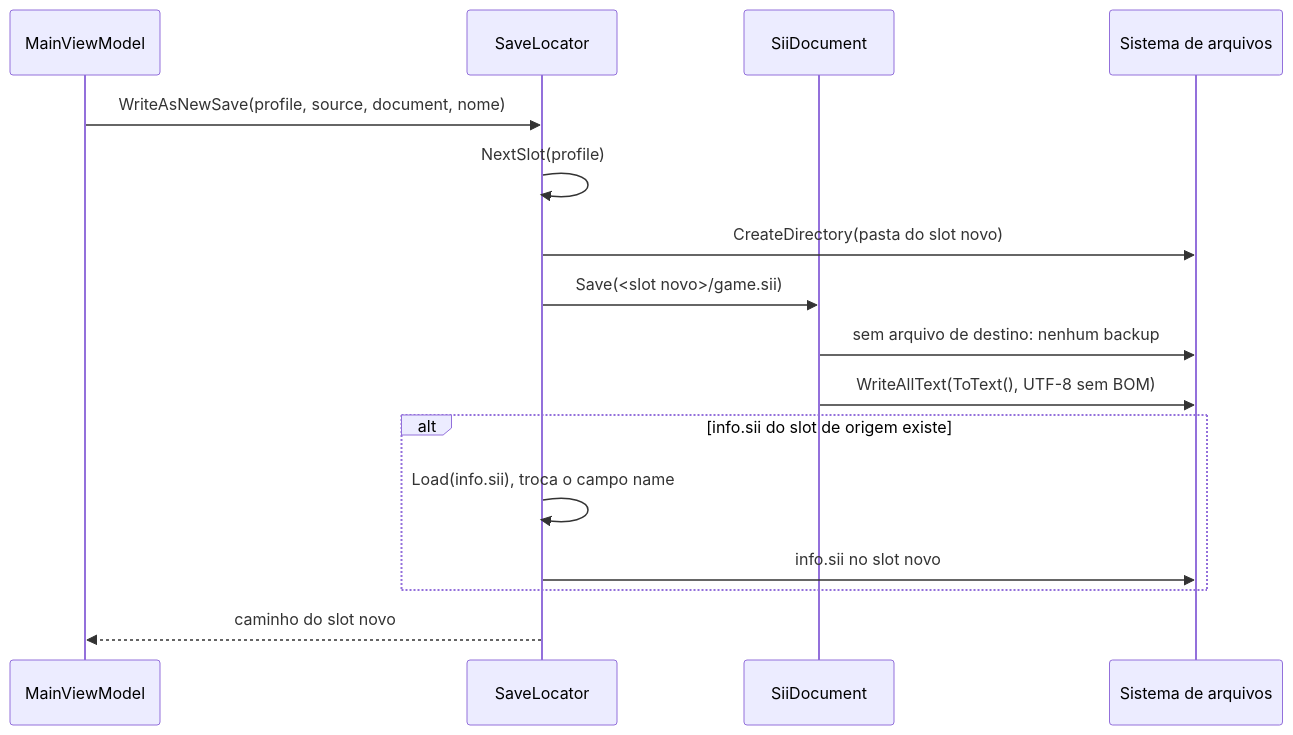
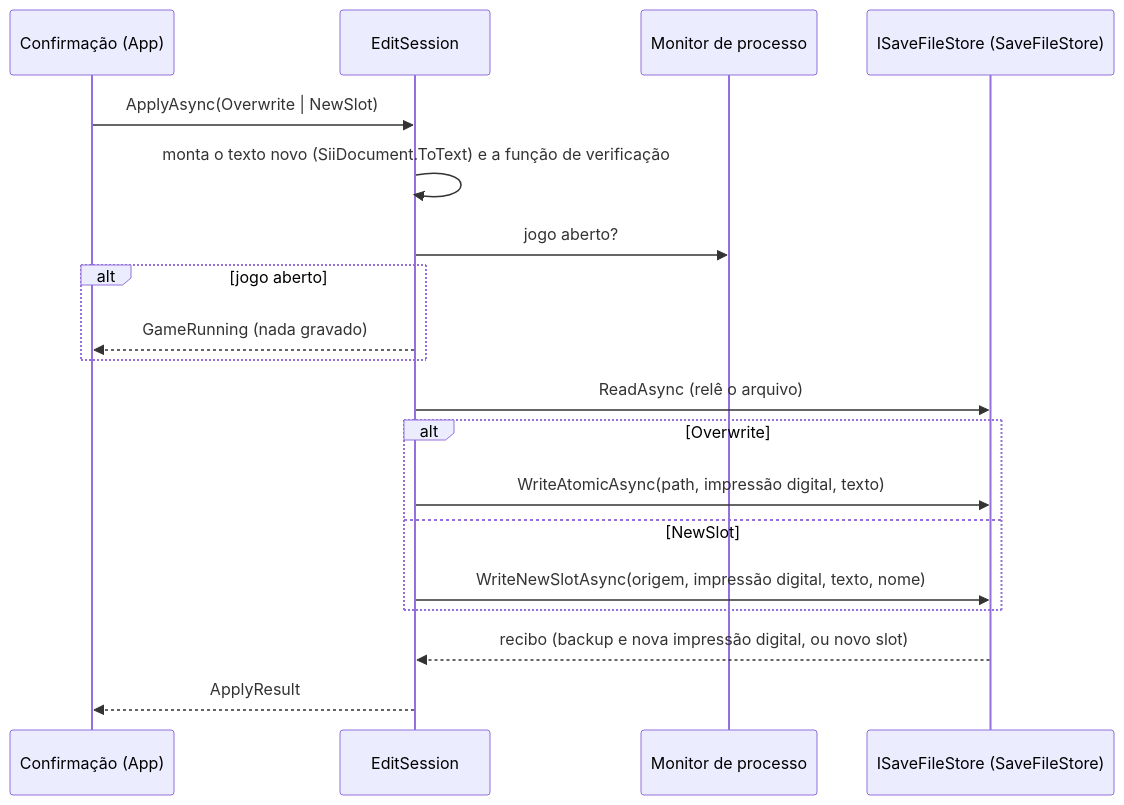
One commit to enxadadev/own-expeditor changed the second of 2 diagrams in docs/architecture/data-flow.md. Above: the diagram before and after it, drawn with Mermaid. The commit also changed other lines of this file and 87 other files, not shown here.

````diff
--- a/docs/architecture/data-flow.md
+++ b/docs/architecture/data-flow.md
@@ -81,18 +110,21 @@
 ```mermaid
 sequenceDiagram
-    participant C as MainViewModel
-    participant L as SaveLocator
-    participant D as SiiDocument
-    participant FS as Sistema de arquivos
-    C->>L: WriteAsNewSave(profile, source, document, nome)
-    L->>L: NextSlot(profile)
-    L->>FS: CreateDirectory(pasta do slot novo)
-    L->>D: Save(<slot novo>/game.sii)
-    D->>FS: sem arquivo de destino: nenhum backup
-    D->>FS: WriteAllText(ToText(), UTF-8 sem BOM)
-    alt info.sii do slot de origem existe
-        L->>L: Load(info.sii), troca o campo name
-        L->>FS: info.sii no slot novo
+    participant U as Confirmação (App)
+    participant S as EditSession
+    participant G as Monitor de processo
+    participant F as ISaveFileStore (SaveFileStore)
+    U->>S: ApplyAsync(Overwrite | NewSlot)
+    S->>S: monta o texto novo (SiiDocument.ToText) e a função de verificação
+    S->>G: jogo aberto?
+    alt jogo aberto
+        S-->>U: GameRunning (nada gravado)
     end
-    L-->>C: caminho do slot novo
+    S->>F: ReadAsync (relê o arquivo)
+    alt Overwrite
+        S->>F: WriteAtomicAsync(path, impressão digital, texto)
+    else NewSlot
+        S->>F: WriteNewSlotAsync(origem, impressão digital, texto, nome)
+    end
+    F-->>S: recibo (backup e nova impressão digital, ou novo slot)
+    S-->>U: ApplyResult
 ```
````
